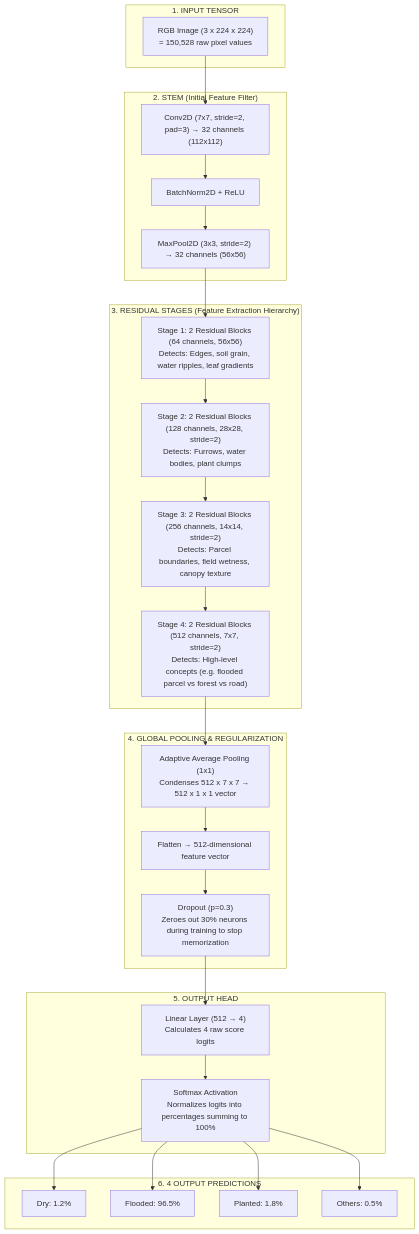
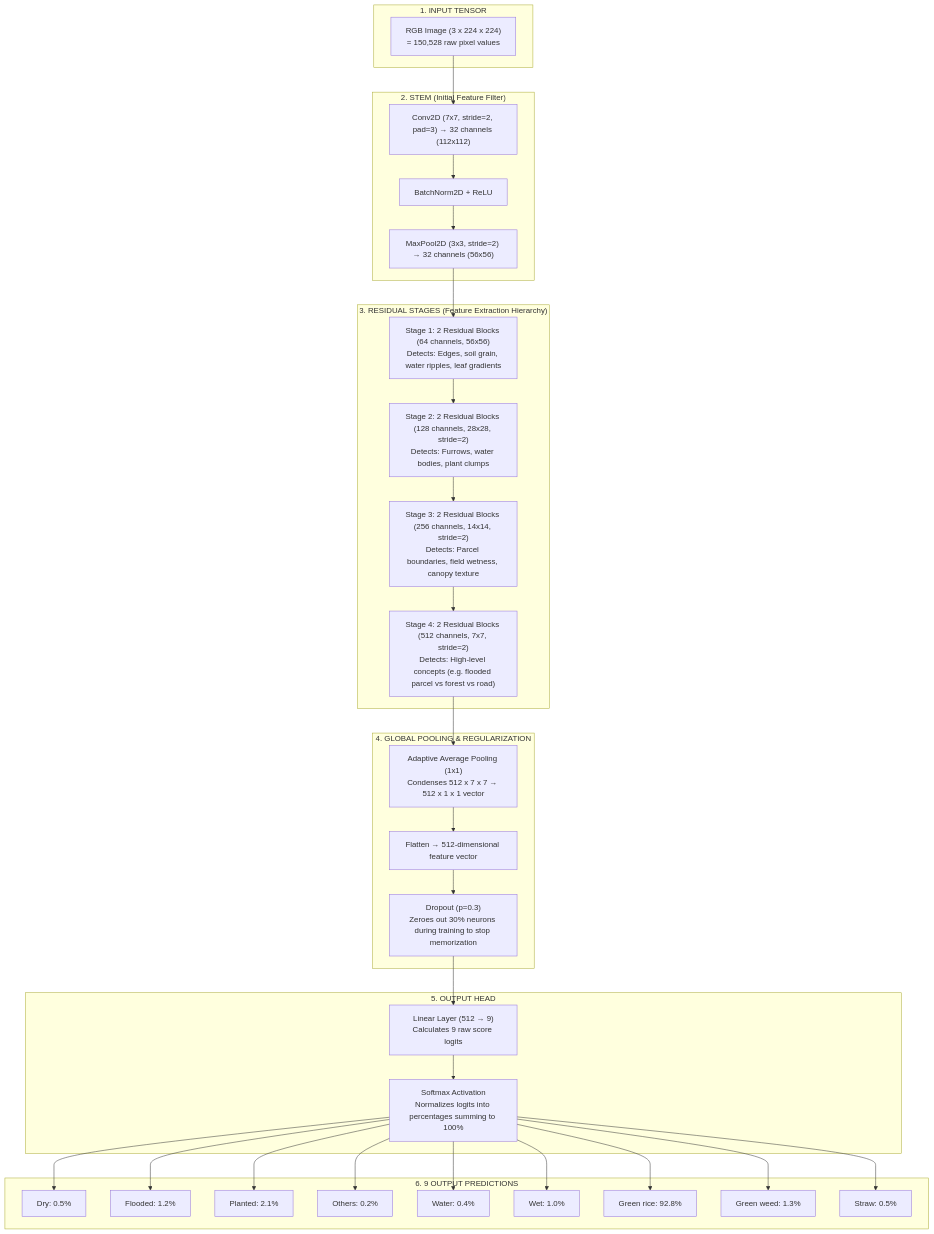
One commit to wasd-qec/Rice-Brain changed the diagram in docs/NEURAL_NETWORK_ARCHITECTURE.md. Above: the diagram before and after it, drawn with Mermaid. The commit also changed other lines of this file and 1 other file, not shown here.

````diff
--- a/docs/NEURAL_NETWORK_ARCHITECTURE.md
+++ b/docs/NEURAL_NETWORK_ARCHITECTURE.md
@@ -20,45 +25,55 @@
 ```mermaid
 flowchart TD
     subgraph INPUT ["1. INPUT TENSOR"]
         IMG["RGB Image (3 x 224 x 224)\n= 150,528 raw pixel values"]
     end
 
     subgraph STEM ["2. STEM (Initial Feature Filter)"]
         S1["Conv2D (7x7, stride=2, pad=3) → 32 channels (112x112)"]
         S2["BatchNorm2D + ReLU"]
         S3["MaxPool2D (3x3, stride=2) → 32 channels (56x56)"]
     end
 
     subgraph STAGES ["3. RESIDUAL STAGES (Feature Extraction Hierarchy)"]
         ST1["Stage 1: 2 Residual Blocks (64 channels, 56x56)\nDetects: Edges, soil grain, water ripples, leaf gradients"]
         ST2["Stage 2: 2 Residual Blocks (128 channels, 28x28, stride=2)\nDetects: Furrows, water bodies, plant clumps"]
         ST3["Stage 3: 2 Residual Blocks (256 channels, 14x14, stride=2)\nDetects: Parcel boundaries, field wetness, canopy texture"]
         ST4["Stage 4: 2 Residual Blocks (512 channels, 7x7, stride=2)\nDetects: High-level concepts (e.g. flooded parcel vs forest vs road)"]
     end
 
     subgraph BOTTLENECK ["4. GLOBAL POOLING & REGULARIZATION"]
         GAP["Adaptive Average Pooling (1x1)\nCondenses 512 x 7 x 7 → 512 x 1 x 1 vector"]
         FLAT["Flatten → 512-dimensional feature vector"]
         DROP["Dropout (p=0.3)\nZeroes out 30% neurons during training to stop memorization"]
     end
 
     subgraph HEAD ["5. OUTPUT HEAD"]
-        FC["Linear Layer (512 → 4)\nCalculates 4 raw score logits"]
+        FC["Linear Layer (512 → 9)\nCalculates 9 raw score logits"]
         SM["Softmax Activation\nNormalizes logits into percentages summing to 100%"]
     end
 
-    subgraph OUTPUTS ["6. 4 OUTPUT PREDICTIONS"]
-        O1["Dry: 1.2%"]
-        O2["Flooded: 96.5%"]
-        O3["Planted: 1.8%"]
-        O4["Others: 0.5%"]
+    subgraph OUTPUTS ["6. 9 OUTPUT PREDICTIONS"]
+        O1["Dry: 0.5%"]
+        O2["Flooded: 1.2%"]
+        O3["Planted: 2.1%"]
+        O4["Others: 0.2%"]
+        O5["Water: 0.4%"]
+        O6["Wet: 1.0%"]
+        O7["Green rice: 92.8%"]
+        O8["Green weed: 1.3%"]
+        O9["Straw: 0.5%"]
     end
 
     IMG --> S1 --> S2 --> S3
     S3 --> ST1 --> ST2 --> ST3 --> ST4
     ST4 --> GAP --> FLAT --> DROP --> FC --> SM
     SM --> O1
     SM --> O2
     SM --> O3
     SM --> O4
+    SM --> O5
+    SM --> O6
+    SM --> O7
+    SM --> O8
+    SM --> O9
 ```
````
